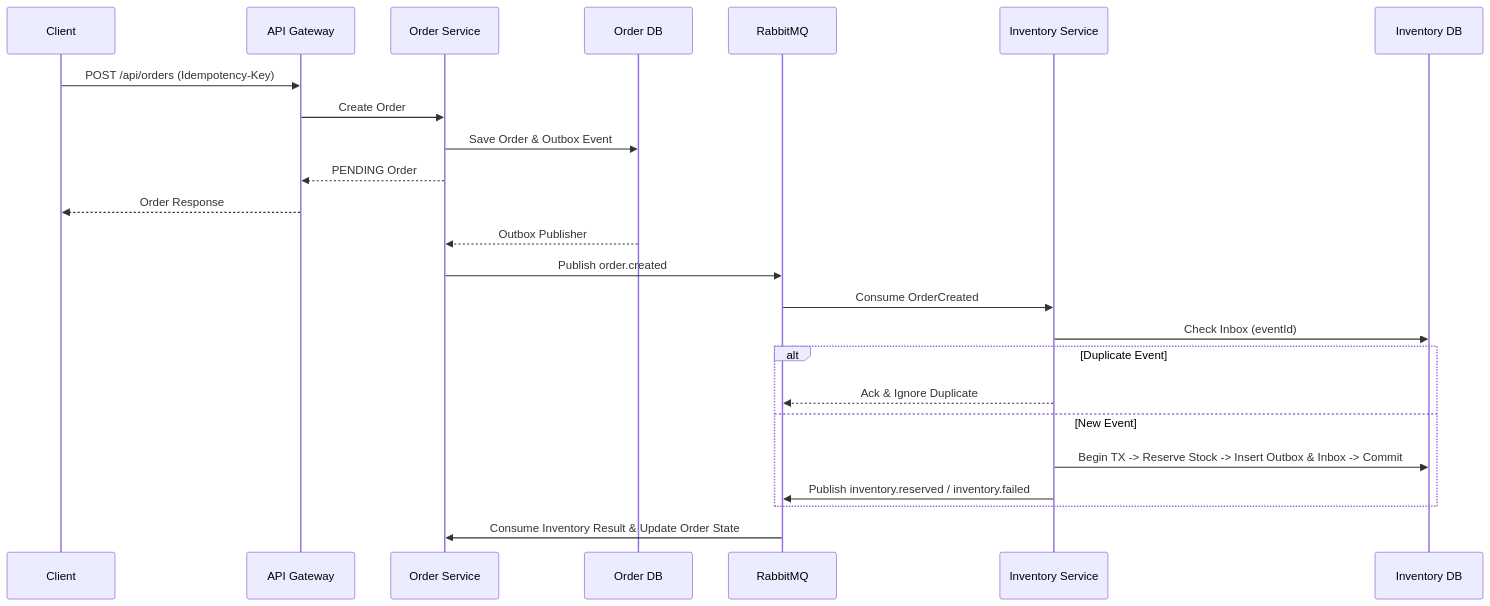
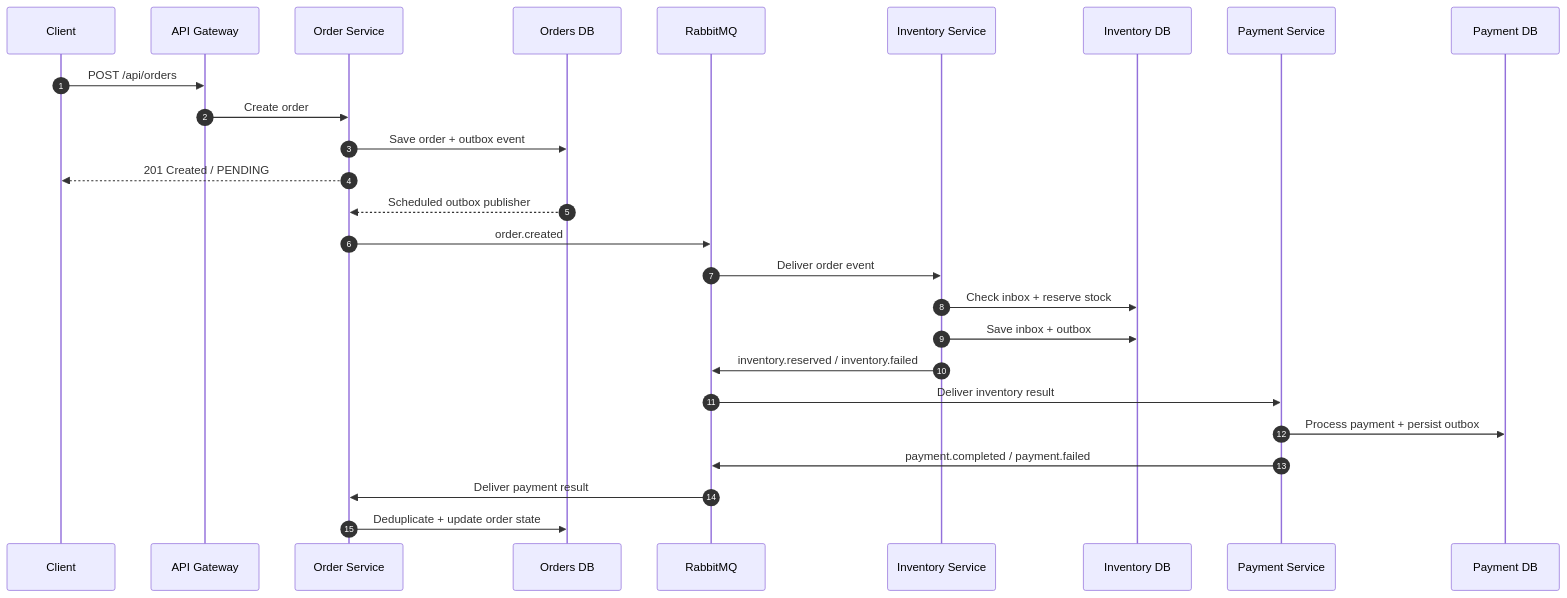
The diagram in README.md (sajal327/distributed-order-processing-system), drawn with Mermaid before and after one commit. The commit also changed other lines of this file and 10 other files, not shown here.

````diff
--- a/README.md
+++ b/README.md
@@ -23,32 +57,29 @@
 ```mermaid
 sequenceDiagram
-    participant C as Client
-    participant G as API Gateway
-    participant O as Order Service
-    participant ODB as Order DB
-    participant R as RabbitMQ
-    participant I as Inventory Service
-    participant IDB as Inventory DB
+    autonumber
+    participant Client
+    participant Gateway as API Gateway
+    participant Order as Order Service
+    participant OrderDB as Orders DB
+    participant Broker as RabbitMQ
+    participant Inventory as Inventory Service
+    participant InventoryDB as Inventory DB
+    participant Payment as Payment Service
+    participant PaymentDB as Payment DB
 
-    C->>G: POST /api/orders (Idempotency-Key)
-    G->>O: Create Order
-
-    O->>ODB: Save Order & Outbox Event
-    O-->>G: PENDING Order
-    G-->>C: Order Response
-
-    ODB-->>O: Outbox Publisher
-    O->>R: Publish order.created
-
-    R->>I: Consume OrderCreated
-    I->>IDB: Check Inbox (eventId)
-
-    alt Duplicate Event
-        I-->>R: Ack & Ignore Duplicate
-    else New Event
-        I->>IDB: Begin TX -> Reserve Stock -> Insert Outbox & Inbox -> Commit
-        I->>R: Publish inventory.reserved / inventory.failed
-    end
-
-    R->>O: Consume Inventory Result & Update Order State
+    Client->>Gateway: POST /api/orders
+    Gateway->>Order: Create order
+    Order->>OrderDB: Save order + outbox event
+    Order-->>Client: 201 Created / PENDING
+    OrderDB-->>Order: Scheduled outbox publisher
+    Order->>Broker: order.created
+    Broker->>Inventory: Deliver order event
+    Inventory->>InventoryDB: Check inbox + reserve stock
+    Inventory->>InventoryDB: Save inbox + outbox
+    Inventory->>Broker: inventory.reserved / inventory.failed
+    Broker->>Payment: Deliver inventory result
+    Payment->>PaymentDB: Process payment + persist outbox
+    Payment->>Broker: payment.completed / payment.failed
+    Broker->>Order: Deliver payment result
+    Order->>OrderDB: Deduplicate + update order state
 ```
````
